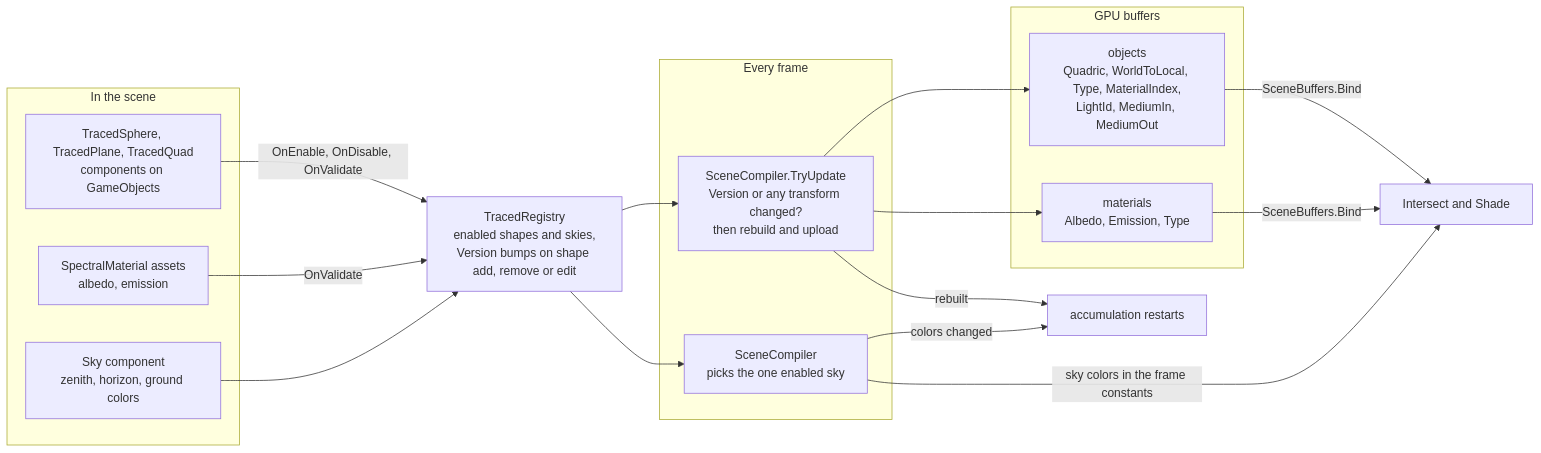
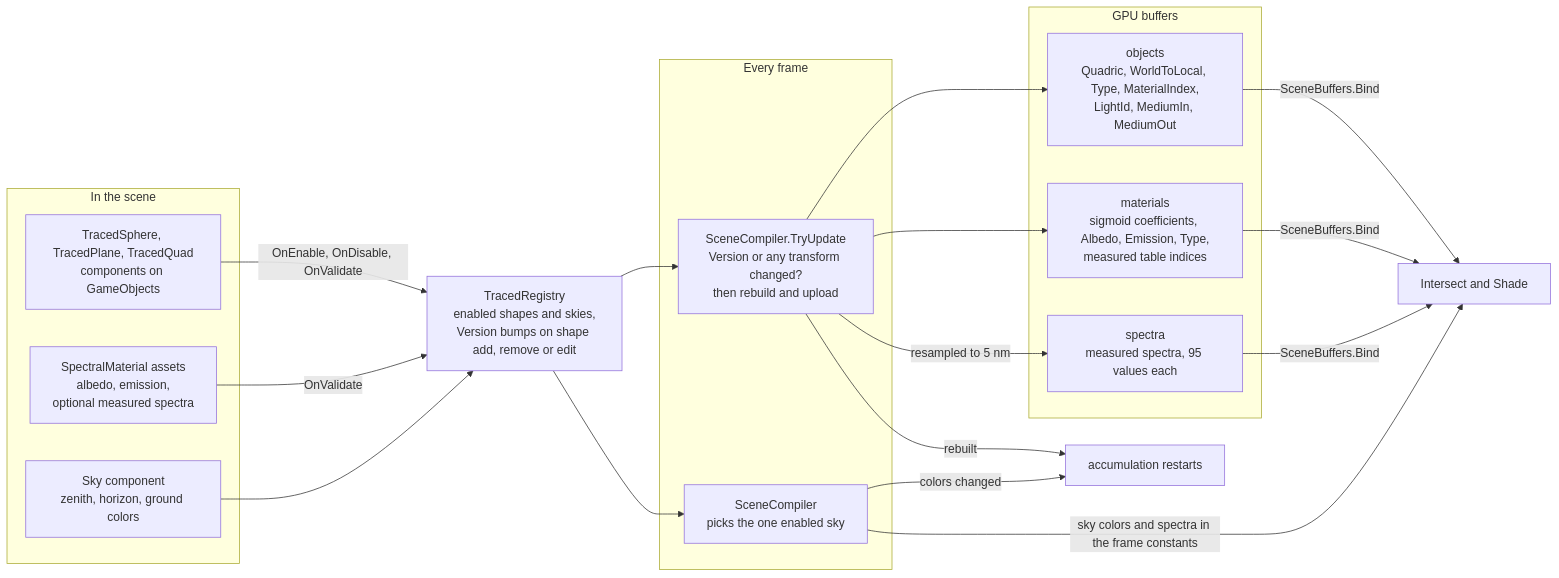
The diagram in Assets/SpectralPathTracer/Runtime/Scene/README.md (Privnoval016/SpectralPathTracer), drawn with Mermaid before and after one commit. The commit also changed other lines of this file and 5 other files, not shown here.

````diff
--- a/Assets/SpectralPathTracer/Runtime/Scene/README.md
+++ b/Assets/SpectralPathTracer/Runtime/Scene/README.md
@@ -6,33 +6,36 @@
 ```mermaid
 flowchart LR
     subgraph EDIT["In the scene"]
         shapes["TracedSphere, TracedPlane, TracedQuad<br/>components on GameObjects"]
-        mats["SpectralMaterial assets<br/>albedo, emission"]
+        mats["SpectralMaterial assets<br/>albedo, emission,<br/>optional measured spectra"]
         sky["Sky component<br/>zenith, horizon, ground colors"]
     end
 
     reg["TracedRegistry<br/>enabled shapes and skies,<br/>Version bumps on shape add, remove or edit"]
 
     subgraph FRAME["Every frame"]
         comp["SceneCompiler.TryUpdate<br/>Version or any transform changed?<br/>then rebuild and upload"]
         pick["SceneCompiler<br/>picks the one enabled sky"]
     end
 
     subgraph GPU["GPU buffers"]
         objs["objects<br/>Quadric, WorldToLocal, Type, MaterialIndex,<br/>LightId, MediumIn, MediumOut"]
-        mtab["materials<br/>Albedo, Emission, Type"]
+        mtab["materials<br/>sigmoid coefficients, Albedo, Emission, Type,<br/>measured table indices"]
+        stab["spectra<br/>measured spectra, 95 values each"]
     end
 
     shapes -- "OnEnable, OnDisable, OnValidate" --> reg
     mats -- "OnValidate" --> reg
     sky --> reg
     reg --> comp
     reg --> pick
     comp --> objs
     comp --> mtab
+    comp -- "resampled to 5 nm" --> stab
     objs -- "SceneBuffers.Bind" --> kernels["Intersect and Shade"]
     mtab -- "SceneBuffers.Bind" --> kernels
-    pick -- "sky colors in the frame constants" --> kernels
+    stab -- "SceneBuffers.Bind" --> kernels
+    pick -- "sky colors and spectra in the frame constants" --> kernels
     comp -- "rebuilt" --> reset["accumulation restarts"]
     pick -- "colors changed" --> reset
 ```
````
